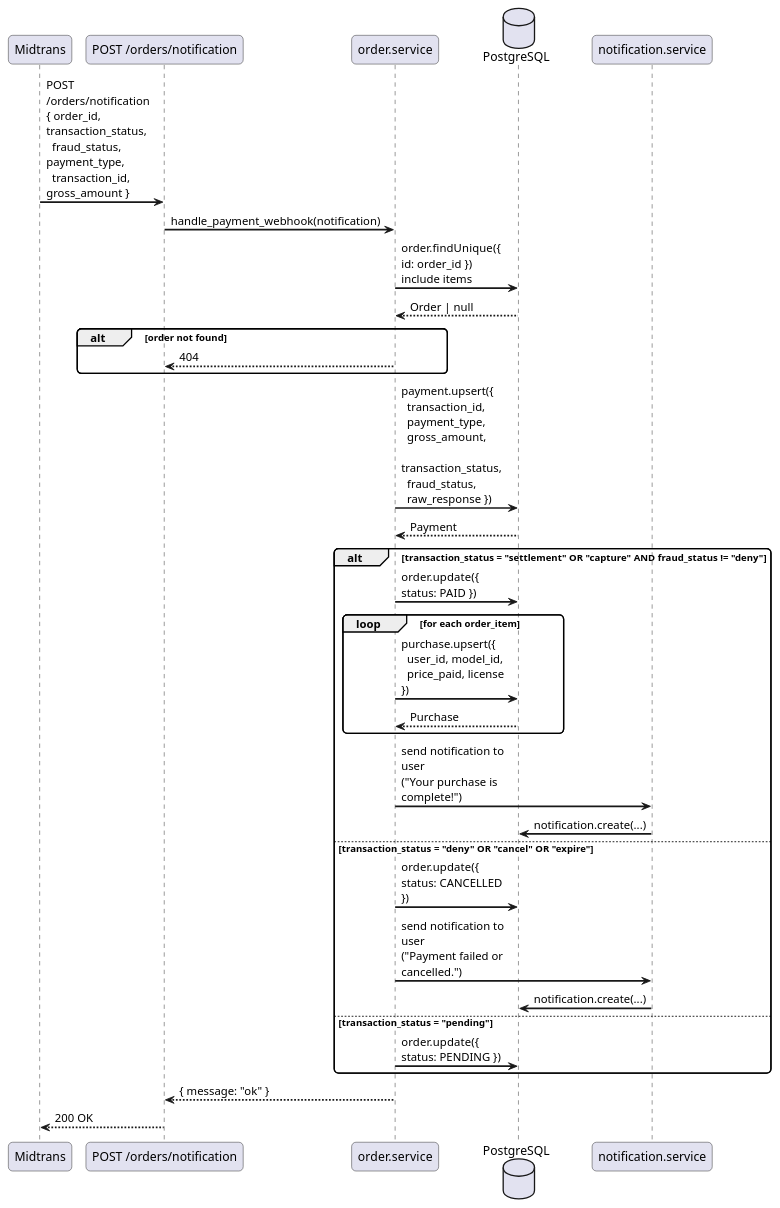
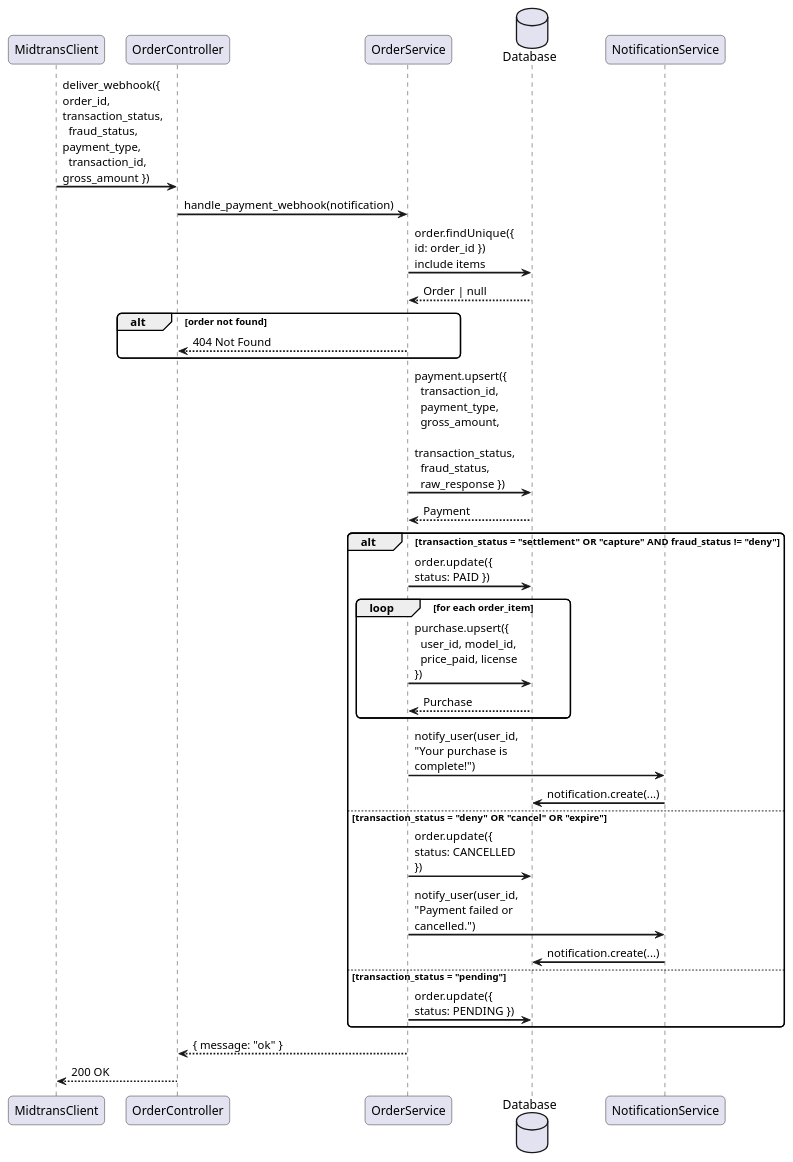
One commit to Schryzon/3Dex changed the diagram in docs/diagrams/sequence/commerce/sequence_payment_webhook.puml. Above: the diagram before and after it, drawn with PlantUML. The commit also changed 56 other files, not shown here.

Commit message:
docs: refactor sequence diagrams to OOP & add report revision drafts

```diff
--- a/docs/diagrams/sequence/commerce/sequence_payment_webhook.puml
+++ b/docs/diagrams/sequence/commerce/sequence_payment_webhook.puml
@@ -1,40 +1,40 @@
 @startuml
 skinparam sequenceArrowThickness 2
 skinparam roundcorner 10
 skinparam maxmessagesize 120
 
-participant "Midtrans" as MT
-participant "POST /orders/notification" as WH
-participant "order.service" as OS
-database "PostgreSQL" as DB
-participant "notification.service" as NS
+participant "MidtransClient" as MT
+participant "OrderController" as OC
+participant "OrderService" as OS
+database "Database" as DB
+participant "NotificationService" as NS
 
-MT -> WH : POST /orders/notification\n{ order_id, transaction_status,\n  fraud_status, payment_type,\n  transaction_id, gross_amount }
-WH -> OS : handle_payment_webhook(notification)
+MT -> OC : deliver_webhook({ order_id, transaction_status,\n  fraud_status, payment_type,\n  transaction_id, gross_amount })
+OC -> OS : handle_payment_webhook(notification)
 OS -> DB : order.findUnique({ id: order_id })\ninclude items
 DB --> OS : Order | null
 alt order not found
-    OS --> WH : 404
+    OS --> OC : 404 Not Found
 end
 OS -> DB : payment.upsert({\n  transaction_id,\n  payment_type,\n  gross_amount,\n  transaction_status,\n  fraud_status,\n  raw_response })
 DB --> OS : Payment
 
 alt transaction_status = "settlement" OR "capture" AND fraud_status != "deny"
     OS -> DB : order.update({ status: PAID })
     loop for each order_item
         OS -> DB : purchase.upsert({\n  user_id, model_id,\n  price_paid, license })
         DB --> OS : Purchase
     end
-    OS -> NS : send notification to user\n("Your purchase is complete!")
+    OS -> NS : notify_user(user_id, "Your purchase is complete!")
     NS -> DB : notification.create(...)
 else transaction_status = "deny" OR "cancel" OR "expire"
     OS -> DB : order.update({ status: CANCELLED })
-    OS -> NS : send notification to user\n("Payment failed or cancelled.")
+    OS -> NS : notify_user(user_id, "Payment failed or cancelled.")
     NS -> DB : notification.create(...)
 else transaction_status = "pending"
     OS -> DB : order.update({ status: PENDING })
 end
 
-OS --> WH : { message: "ok" }
-WH --> MT : 200 OK
+OS --> OC : { message: "ok" }
+OC --> MT : 200 OK
 @enduml
```
